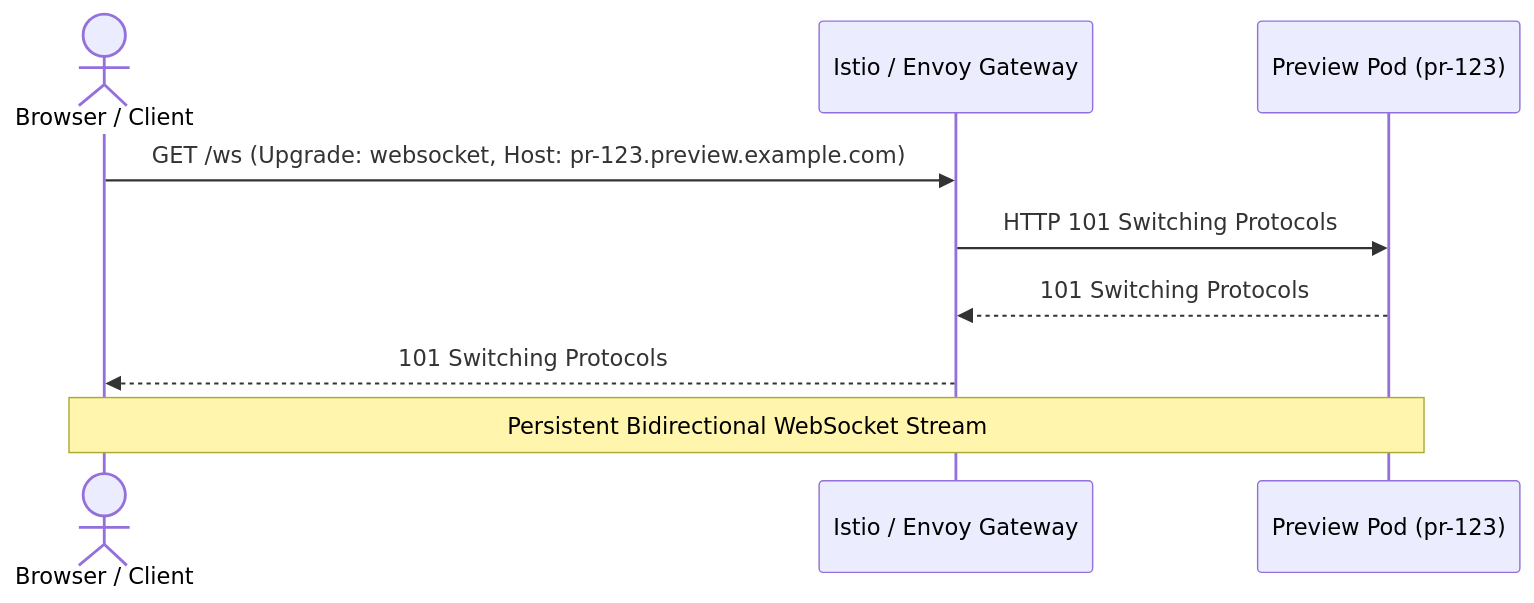
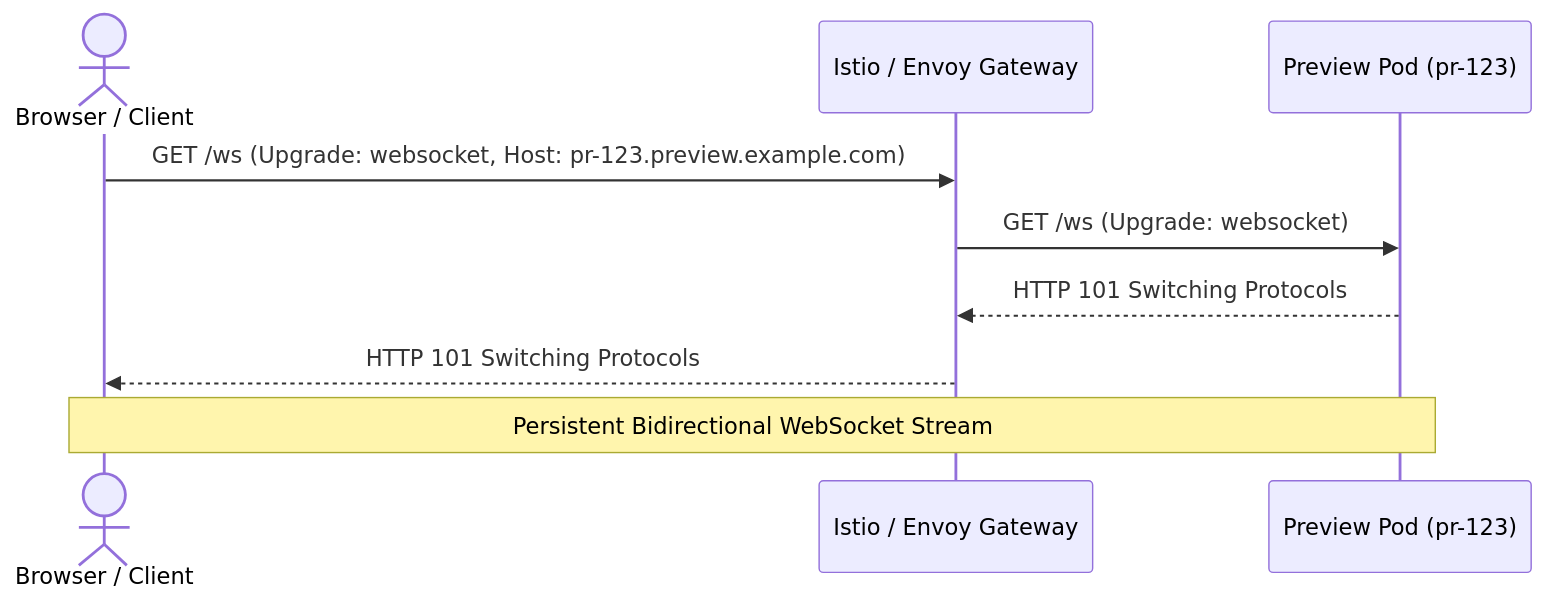
The diagram in src/content/docs/guides/websocket.md (divergedev/divergedev.github.io), drawn with Mermaid before and after one commit. The commit also changed 2 other files, not shown here.

Commit message:
fix: address CodeRabbit review comments on async/websocket docs
1. Temporal: queues unloaded from memory, not garbage-collected
2. Temporal: separate context propagation from ActivityOptions.TaskQueue
3. Webhook: fix SQS_QUEUE_URL — use envVars response, not ResolvedTarget
4. Temporal: add missing go.temporal.io/sdk/workflow import
5. Document DIVERGE_ENV_NAME source (injected by controller) in table + examples
6. Webhook: use HTTPS endpoints, add HTTP dev-only note
7. WebSocket: fix Mermaid handshake — Gateway forwards GET, Pod returns 101

````diff
--- a/src/content/docs/guides/websocket.md
+++ b/src/content/docs/guides/websocket.md
@@ -22,12 +22,12 @@
 ```mermaid
 sequenceDiagram
     actor Client as Browser / Client
     participant Gateway as Istio / Envoy Gateway
     participant PreviewPod as Preview Pod (pr-123)
 
     Client->>Gateway: GET /ws (Upgrade: websocket, Host: pr-123.preview.example.com)
-    Gateway->>PreviewPod: HTTP 101 Switching Protocols
-    PreviewPod-->>Gateway: 101 Switching Protocols
-    Gateway-->>Client: 101 Switching Protocols
+    Gateway->>PreviewPod: GET /ws (Upgrade: websocket)
+    PreviewPod-->>Gateway: HTTP 101 Switching Protocols
+    Gateway-->>Client: HTTP 101 Switching Protocols
     Note over Client, PreviewPod: Persistent Bidirectional WebSocket Stream
 ```
````
